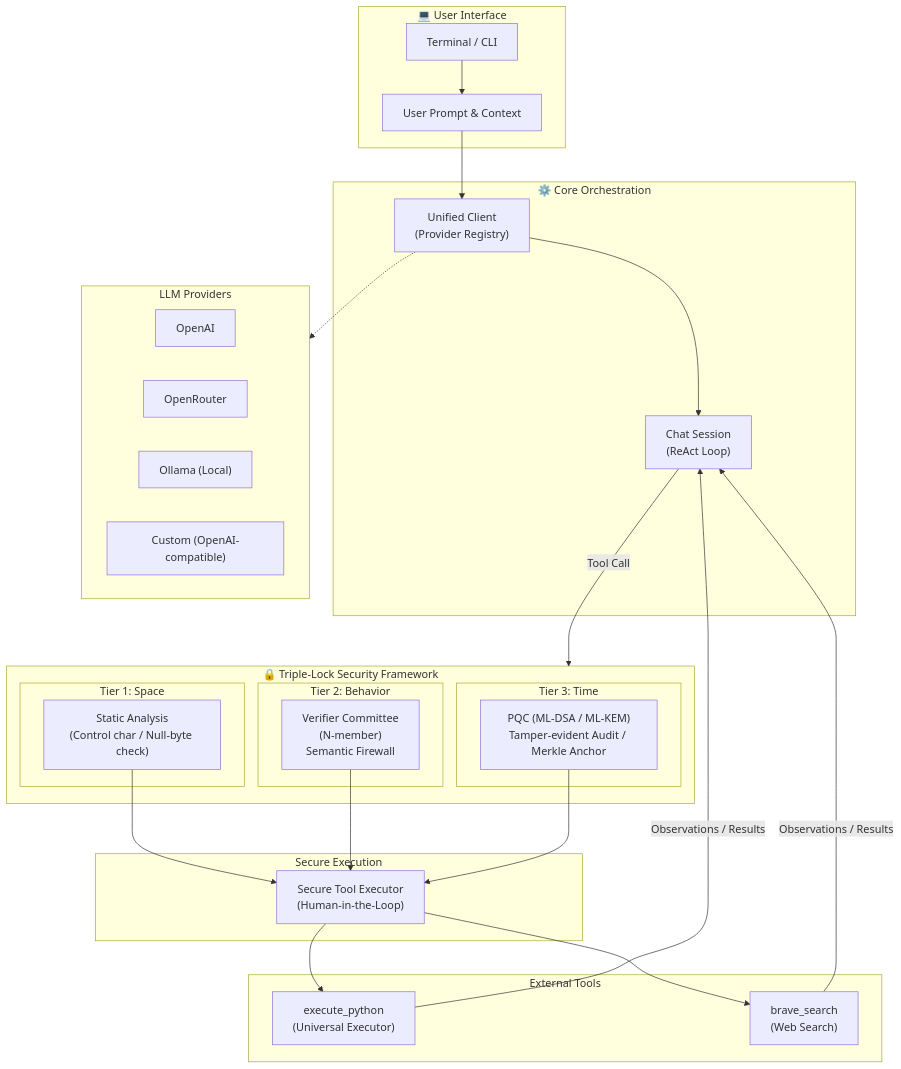
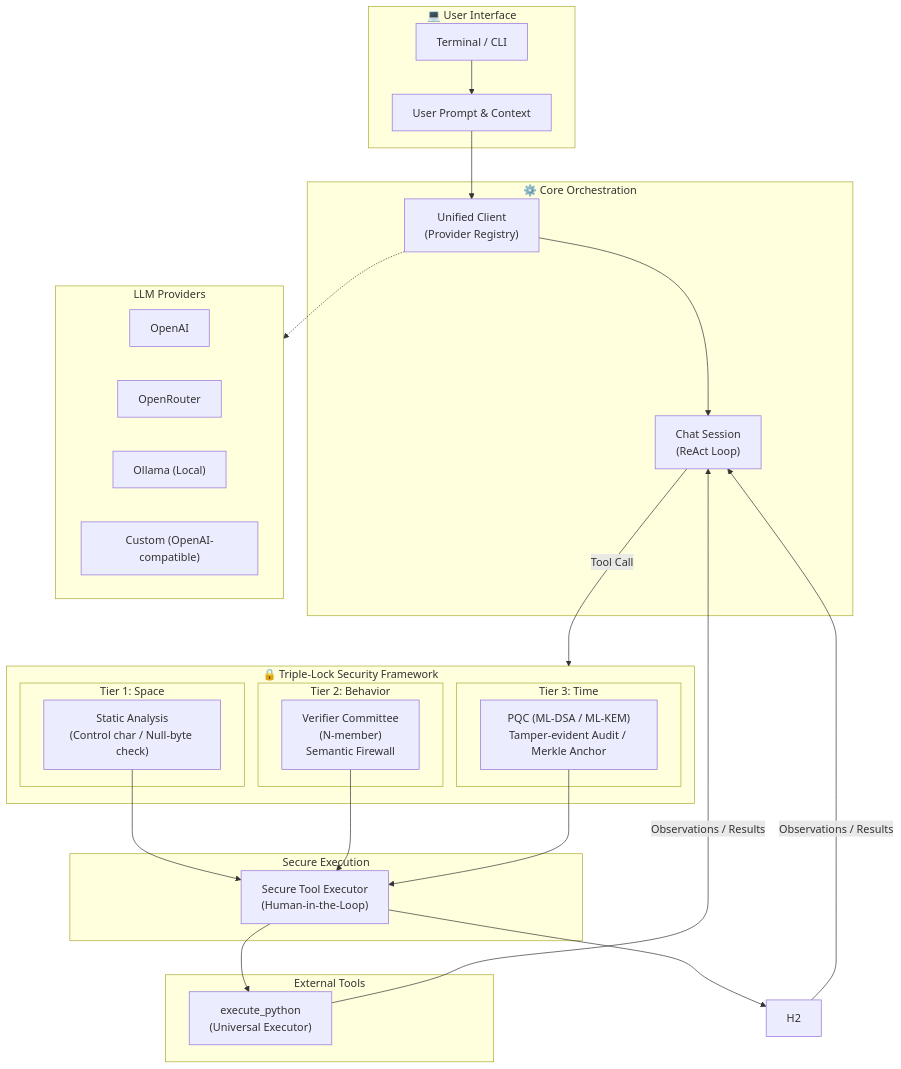
One commit to yosh95/llm-secure-cli changed the diagram in README.md. Above: the diagram before and after it, drawn with Mermaid. The commit also changed other lines of this file and 25 other files, not shown here.

First line of the commit message:
Remove brave_search tool and related features

````diff
--- a/README.md
+++ b/README.md
@@ -41,55 +41,54 @@
 ```mermaid
 flowchart TB
     subgraph UI["💻 User Interface"]
         A["Terminal / CLI"]
         B["User Prompt & Context"]
     end
 
     subgraph Core["⚙️ Core Orchestration"]
         C["Unified Client<br/>(Provider Registry)"]
         D["Chat Session<br/>(ReAct Loop)"]
     end
 
     subgraph Providers["LLM Providers"]
         E1["OpenAI"]
         E2["OpenRouter"]
         E3["Ollama (Local)"]
         E4["Custom (OpenAI-compatible)"]
     end
 
     subgraph Security["🔒 Triple-Lock Security Framework"]
         subgraph T1["Tier 1: Space"]
             F1["Static Analysis<br/>(Control char / Null-byte check)"]
         end
         subgraph T2["Tier 2: Behavior"]
             F2["Verifier Committee<br/>(N-member)<br/>Semantic Firewall"]
         end
         subgraph T3["Tier 3: Time"]
             F3["PQC (ML-DSA / ML-KEM)<br/>Tamper-evident Audit / Merkle Anchor"]
         end
     end
 
     subgraph Execution["Secure Execution"]
         G["Secure Tool Executor<br/>(Human-in-the-Loop)"]
     end
 
     subgraph Tools["External Tools"]
         H1["execute_python<br/>(Universal Executor)"]
-        H2["brave_search<br/>(Web Search)"]
     end
 
     A --> B
     B --> C
     C --> D
     C -.-> Providers
     
     D -->|"Tool Call"| Security
     F1 --> G
     F2 --> G
     F3 --> G
     
     G --> H1
     G --> H2
     
     H1 & H2 -->|"Observations / Results"| D
 ```
````
